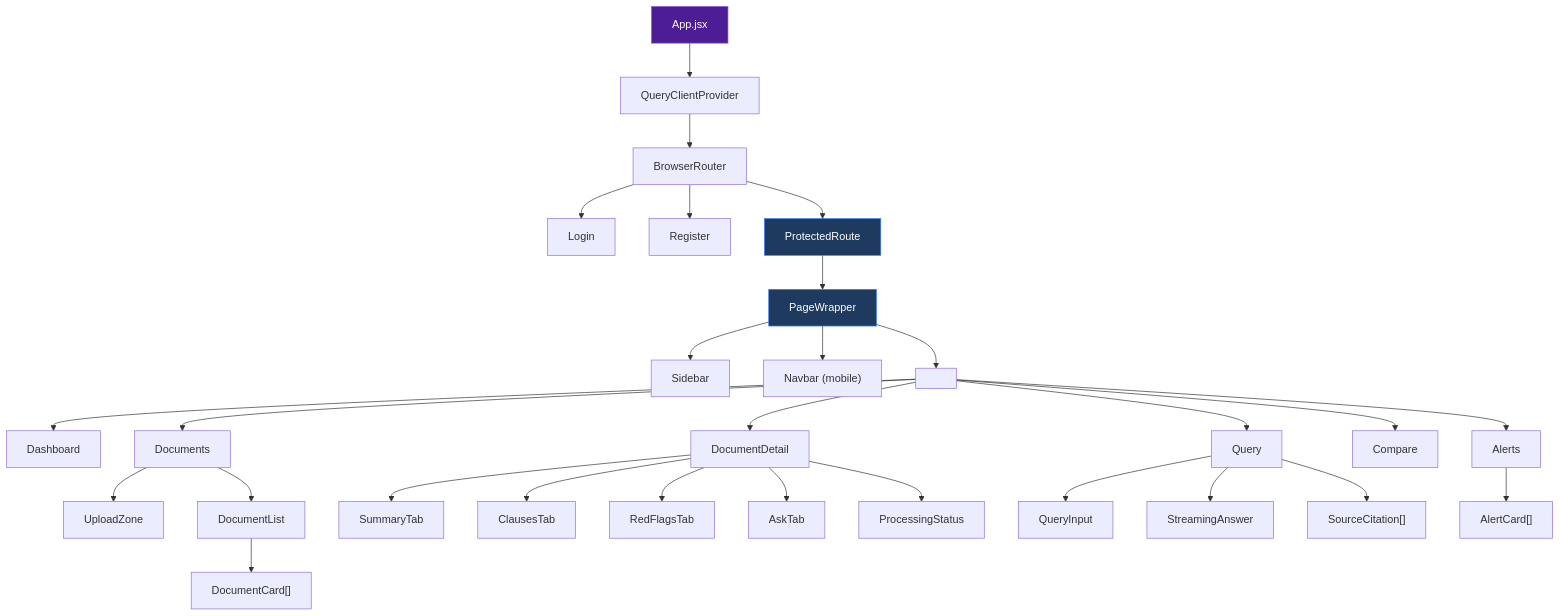
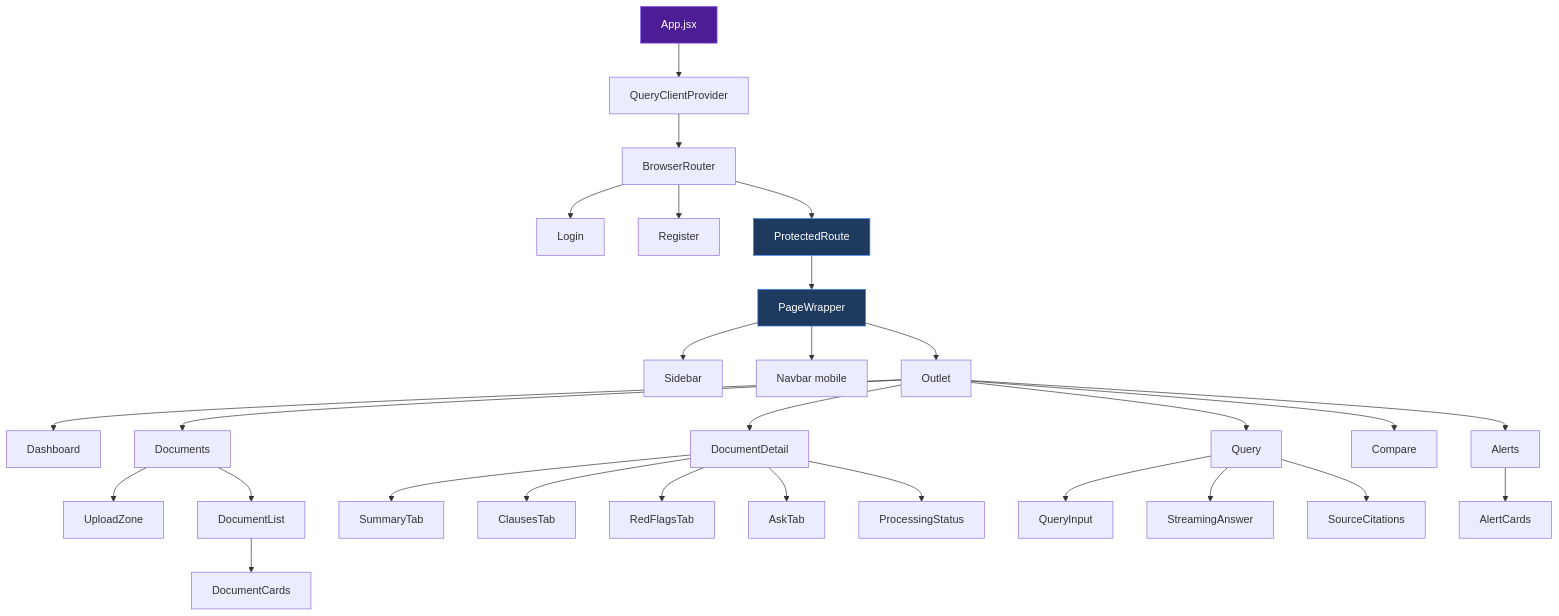
The third of 9 diagrams in README.md (AniketB26/What-I-Signed), drawn with Mermaid before and after one commit. The commit also changed other lines of this file, not shown here.

````diff
--- a/README.md
+++ b/README.md
@@ -214,39 +209,39 @@
 ```mermaid
 graph TD
-    App["App.jsx"]
-    App --> QCP["QueryClientProvider"]
-    QCP --> BR["BrowserRouter"]
-    BR --> Login["Login"]
-    BR --> Register["Register"]
-    BR --> PR["ProtectedRoute"]
-    PR --> PW["PageWrapper"]
-    PW --> SB["Sidebar"]
-    PW --> NB["Navbar (mobile)"]
-    PW --> Outlet["<Outlet />"]
-    Outlet --> Dash["Dashboard"]
-    Outlet --> Docs["Documents"]
-    Outlet --> DD["DocumentDetail"]
-    Outlet --> Query["Query"]
-    Outlet --> Compare["Compare"]
-    Outlet --> Alerts["Alerts"]
+    App[App.jsx]
+    App --> QCP[QueryClientProvider]
+    QCP --> BR[BrowserRouter]
+    BR --> Login[Login]
+    BR --> Register[Register]
+    BR --> PR[ProtectedRoute]
+    PR --> PW[PageWrapper]
+    PW --> SB[Sidebar]
+    PW --> NB[Navbar mobile]
+    PW --> OL[Outlet]
+    OL --> Dash[Dashboard]
+    OL --> Docs[Documents]
+    OL --> DD[DocumentDetail]
+    OL --> Query[Query]
+    OL --> Compare[Compare]
+    OL --> Alerts[Alerts]
 
-    Docs --> UZ["UploadZone"]
-    Docs --> DL["DocumentList"]
-    DL --> DC["DocumentCard[]"]
+    Docs --> UZ[UploadZone]
+    Docs --> DL[DocumentList]
+    DL --> DC[DocumentCards]
 
-    DD --> ST["SummaryTab"]
-    DD --> CLT["ClausesTab"]
-    DD --> RFT["RedFlagsTab"]
-    DD --> AT["AskTab"]
-    DD --> PS["ProcessingStatus"]
+    DD --> ST[SummaryTab]
+    DD --> CLT[ClausesTab]
+    DD --> RFT[RedFlagsTab]
+    DD --> AT[AskTab]
+    DD --> PS[ProcessingStatus]
 
-    Query --> QI["QueryInput"]
-    Query --> SA["StreamingAnswer"]
-    Query --> SC["SourceCitation[]"]
+    Query --> QI[QueryInput]
+    Query --> SA[StreamingAnswer]
+    Query --> SC[SourceCitations]
 
-    Alerts --> AC["AlertCard[]"]
+    Alerts --> AC[AlertCards]
 
     style App fill:#4c1d95,stroke:#8b5cf6,color:#fff
     style PR fill:#1e3a5f,stroke:#3b82f6,color:#fff
     style PW fill:#1e3a5f,stroke:#3b82f6,color:#fff
 ```
````
